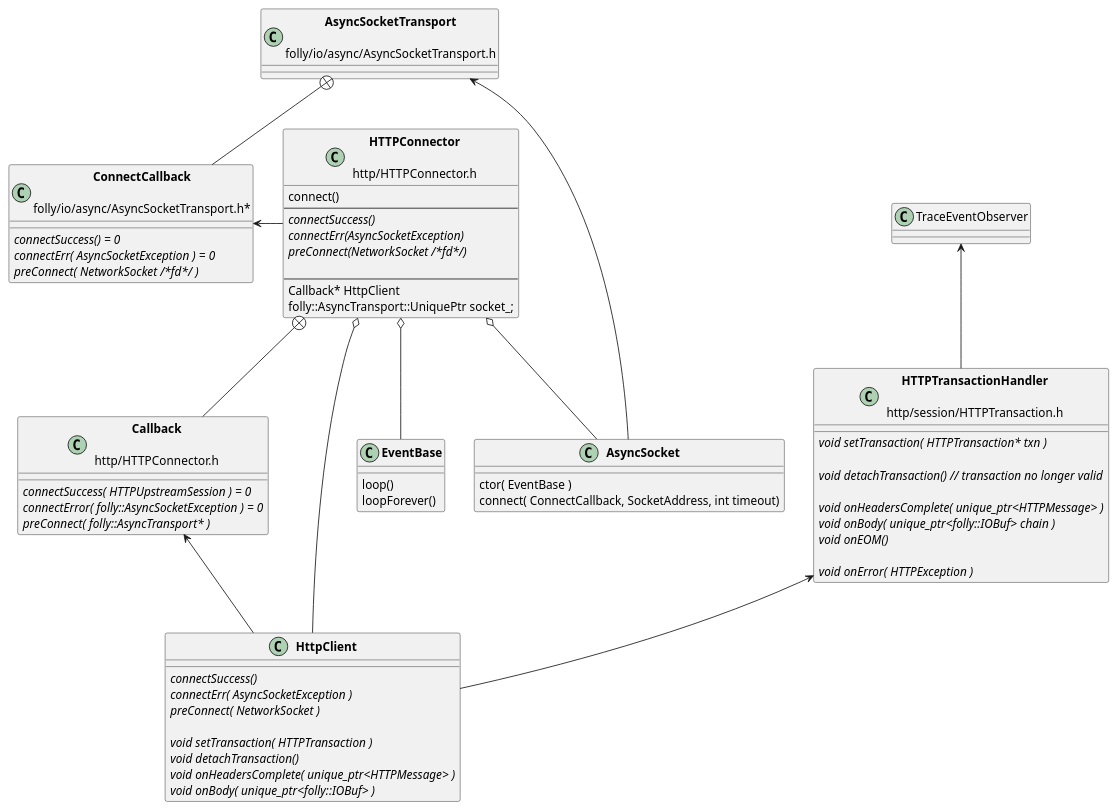
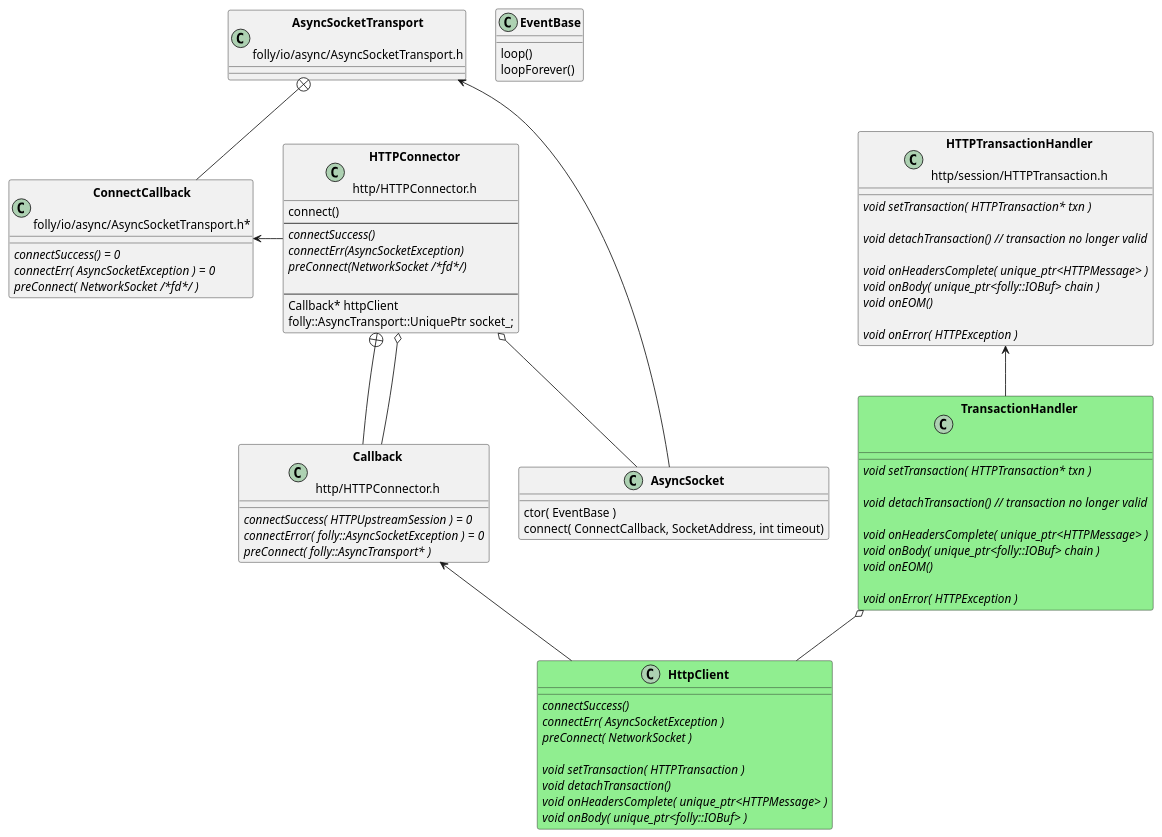
The third of 3 diagrams in doc/test.adoc (patrickhallinan/hello-proxygen), drawn with PlantUML before and after one commit. The commit also changed other lines of this file and 2 other files, not shown here.

```diff
--- a/doc/test.adoc
+++ b/doc/test.adoc
@@ -158,6 +156,7 @@
 class "**HTTPConnector**\n\nhttp/HTTPConnector.h" as HTTPConnector
 class "**Callback**\n\nhttp/HTTPConnector.h" as Callback
 class "**HTTPTransactionHandler**\n\nhttp/session/HTTPTransaction.h" as HTTPTransactionHandler
+class "**TransactionHandler**\n\n" as TransactionHandler
 class "**HttpClient**" as HttpClient
 
 AsyncSocketTransport <-- AsyncSocket
@@ -165,16 +164,16 @@
 ConnectCallback <- HTTPConnector
 
 Callback <-- HttpClient
-HTTPTransactionHandler <-- HttpClient
-
-TraceEventObserver <-- HTTPTransactionHandler
+HTTPTransactionHandler <-- TransactionHandler
 
 AsyncSocketTransport +-- ConnectCallback
 HTTPConnector +-- Callback
 
-HTTPConnector o-- EventBase
-HTTPConnector o-- HttpClient
+'HTTPConnector o-- EventBase
+HTTPConnector o-- Callback
 HTTPConnector o-- AsyncSocket
+
+TransactionHandler o-- HttpClient
 
 class EventBase {
     loop()
@@ -189,7 +188,7 @@
     {abstract} preConnect(NetworkSocket /*fd*/)
 
     ----
-    Callback* HttpClient
+    Callback* httpClient
     folly::AsyncTransport::UniquePtr socket_;
     'wangle::TransportInfo transportInfo_;
 }
@@ -199,7 +198,19 @@
     connect( ConnectCallback, SocketAddress, int timeout)
 }
 
-class HttpClient {
+class TransactionHandler #LightGreen  {
+    {abstract} void setTransaction( HTTPTransaction* txn )
+
+    {abstract}  void detachTransaction() // transaction no longer valid
+
+    {abstract} void onHeadersComplete( unique_ptr<HTTPMessage> )
+    {abstract} void onBody( unique_ptr<folly::IOBuf> chain )
+    {abstract} void onEOM()
+
+    {abstract} void onError( HTTPException )
+}
+
+class HttpClient #LightGreen  {
     {abstract} connectSuccess()
     {abstract} connectErr( AsyncSocketException )
     {abstract} preConnect( NetworkSocket )
```
